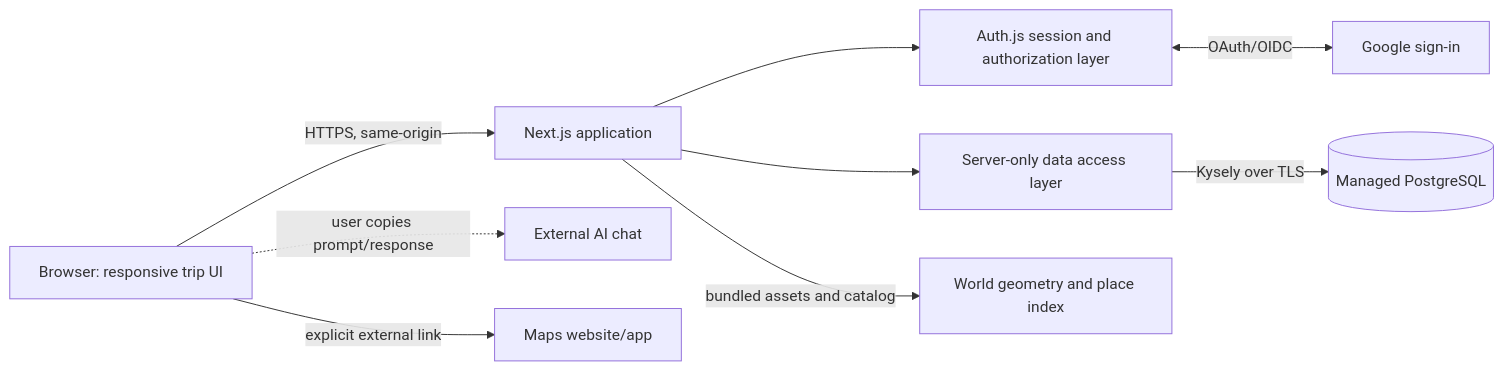
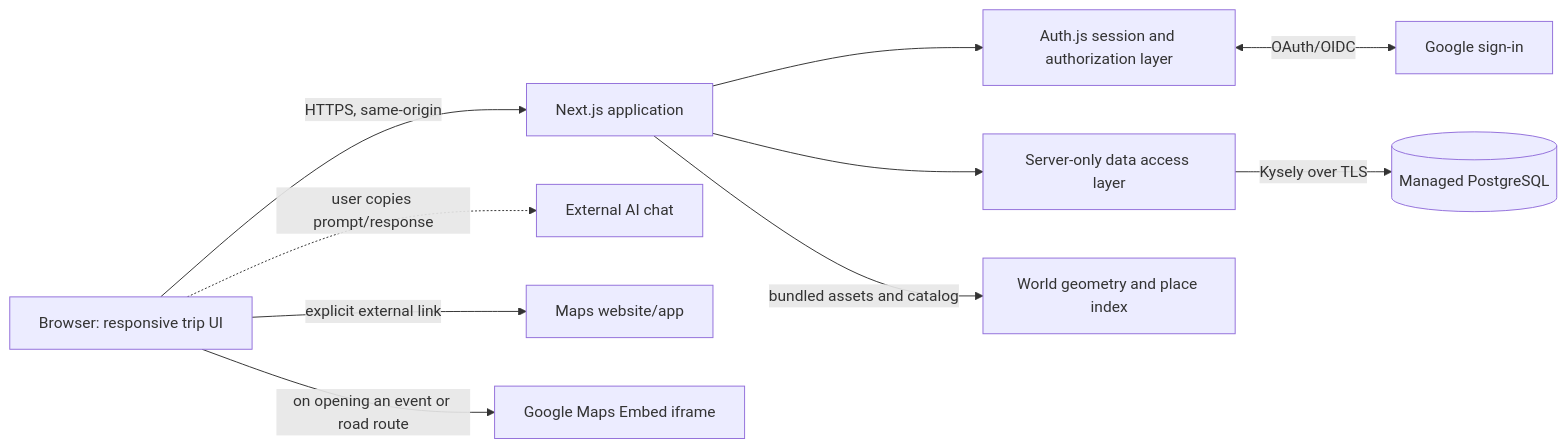
Before and after one commit to Link-lin/FieldNotes: the first of 3 diagrams in docs/design/technical-design.md, drawn with Mermaid. The commit also changed other lines of this file and 5 other files, not shown here.

````diff
--- a/docs/design/technical-design.md
+++ b/docs/design/technical-design.md
@@ -94,11 +57,12 @@
 ```mermaid
 flowchart LR
     B[Browser: responsive trip UI] -->|HTTPS, same-origin| W[Next.js application]
     W --> AUTH[Auth.js session and authorization layer]
     AUTH <-->|OAuth/OIDC| G[Google sign-in]
     W --> DAL[Server-only data access layer]
     DAL -->|Kysely over TLS| DB[(Managed PostgreSQL)]
     W -->|bundled assets and catalog| GEO[World geometry and place index]
     B -. user copies prompt/response .-> AI[External AI chat]
     B -->|explicit external link| MAP[Maps website/app]
+    B -->|on opening an event or road route| EMB[Google Maps Embed iframe]
 ```
````
